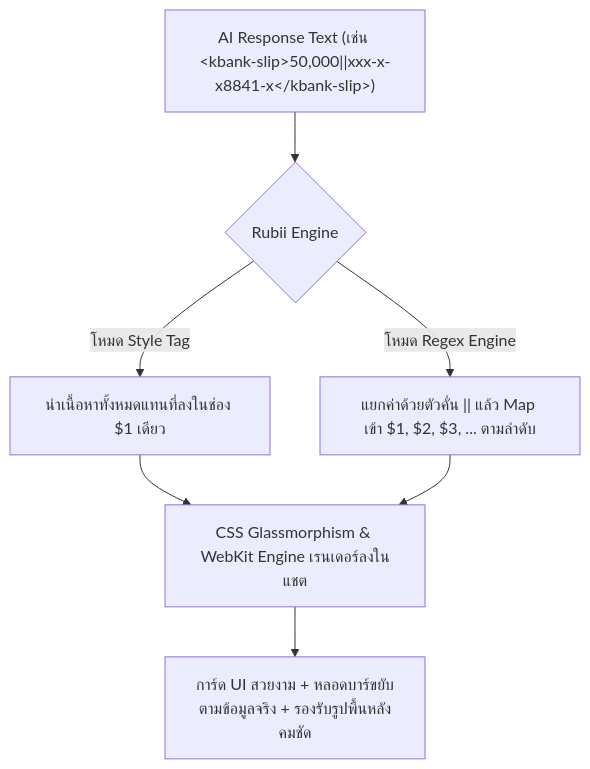
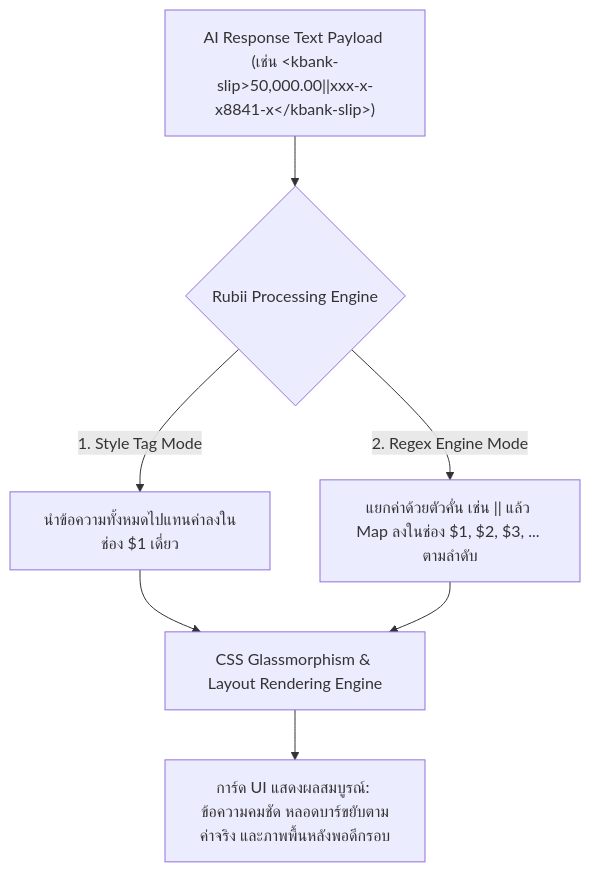
Before and after one commit to jadesolju/Snippet-Studio: the first of 3 diagrams in RUBII_CODE_STUDY_AND_ARCHITECTURE_RESEARCH.md, drawn with Mermaid. The commit also changed other lines of this file, not shown here.

Commit message:
docs: comprehensive full academic research report for Rubii card architecture

````diff
--- a/RUBII_CODE_STUDY_AND_ARCHITECTURE_RESEARCH.md
+++ b/RUBII_CODE_STUDY_AND_ARCHITECTURE_RESEARCH.md
@@ -23,9 +32,9 @@
 ```mermaid
 graph TD
-    A["AI Response Text (เช่น &lt;kbank-slip&gt;50,000||xxx-x-x8841-x&lt;/kbank-slip&gt;)"] --> B{"Rubii Engine"}
-    B -->|"โหมด Style Tag"| C["นำเนื้อหาทั้งหมดแทนที่ลงในช่อง $1 เดียว"]
-    B -->|"โหมด Regex Engine"| D["แยกค่าด้วยตัวคั่น || แล้ว Map เข้า $1, $2, $3, ... ตามลำดับ"]
-    C --> E["CSS Glassmorphism & WebKit Engine เรนเดอร์ลงในแชต"]
+    A["AI Response Text Payload (เช่น &lt;kbank-slip&gt;50,000.00||xxx-x-x8841-x&lt;/kbank-slip&gt;)"] --> B{"Rubii Processing Engine"}
+    B -->|"1. Style Tag Mode"| C["นำข้อความทั้งหมดไปแทนค่าลงในช่อง $1 เดี่ยว"]
+    B -->|"2. Regex Engine Mode"| D["แยกค่าด้วยตัวคั่น เช่น || แล้ว Map ลงในช่อง $1, $2, $3, ... ตามลำดับ"]
+    C --> E["CSS Glassmorphism & Layout Rendering Engine"]
     D --> E
-    E --> F["การ์ด UI สวยงาม + หลอดบาร์ขยับตามข้อมูลจริง + รองรับรูปพื้นหลังคมชัด"]
+    E --> F["การ์ด UI แสดงผลสมบูรณ์: ข้อความคมชัด หลอดบาร์ขยับตามค่าจริง และภาพพื้นหลังพอดีกรอบ"]
 ```
````
